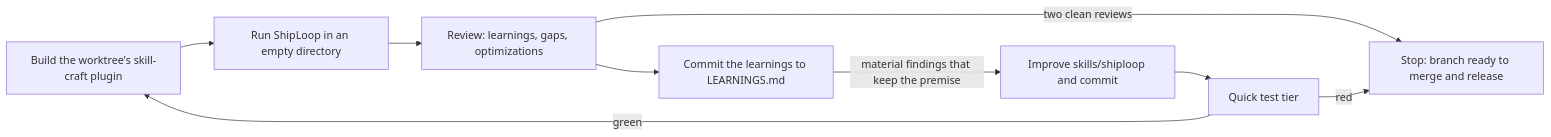
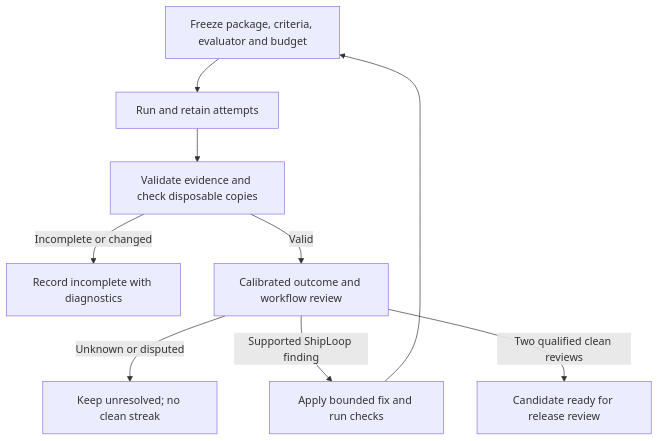
The diagram in test/shiploop_e2e/README.md (whichguy/skill-craft), drawn with Mermaid before and after one commit. The commit also changed other lines of this file and 32 other files, not shown here.

First line of the commit message:
fix(e2e): bind qualification to intact evidence and calibrated reviews

````diff
--- a/test/shiploop_e2e/README.md
+++ b/test/shiploop_e2e/README.md
@@ -10,11 +8,11 @@
 ```mermaid
-flowchart LR
-    B[Build the worktree's skill-craft plugin] --> R[Run ShipLoop in an empty directory]
-    R --> V[Review: learnings, gaps, optimizations]
-    V --> L[Commit the learnings to LEARNINGS.md]
-    L -->|material findings that keep the premise| I[Improve skills/shiploop and commit]
-    I --> T[Quick test tier]
-    T -->|green| B
-    V -->|two clean reviews| S[Stop: branch ready to merge and release]
-    T -->|red| S
+flowchart TD
+    B[Freeze package, criteria, evaluator and budget] --> R[Run and retain attempts]
+    R --> E[Validate evidence and check disposable copies]
+    E -->|Incomplete or changed| X[Record incomplete with diagnostics]
+    E -->|Valid| V[Calibrated outcome and workflow review]
+    V -->|Unknown or disputed| U[Keep unresolved; no clean streak]
+    V -->|Supported ShipLoop finding| I[Apply bounded fix and run checks]
+    I --> B
+    V -->|Two qualified clean reviews| S[Candidate ready for release review]
 ```
````
